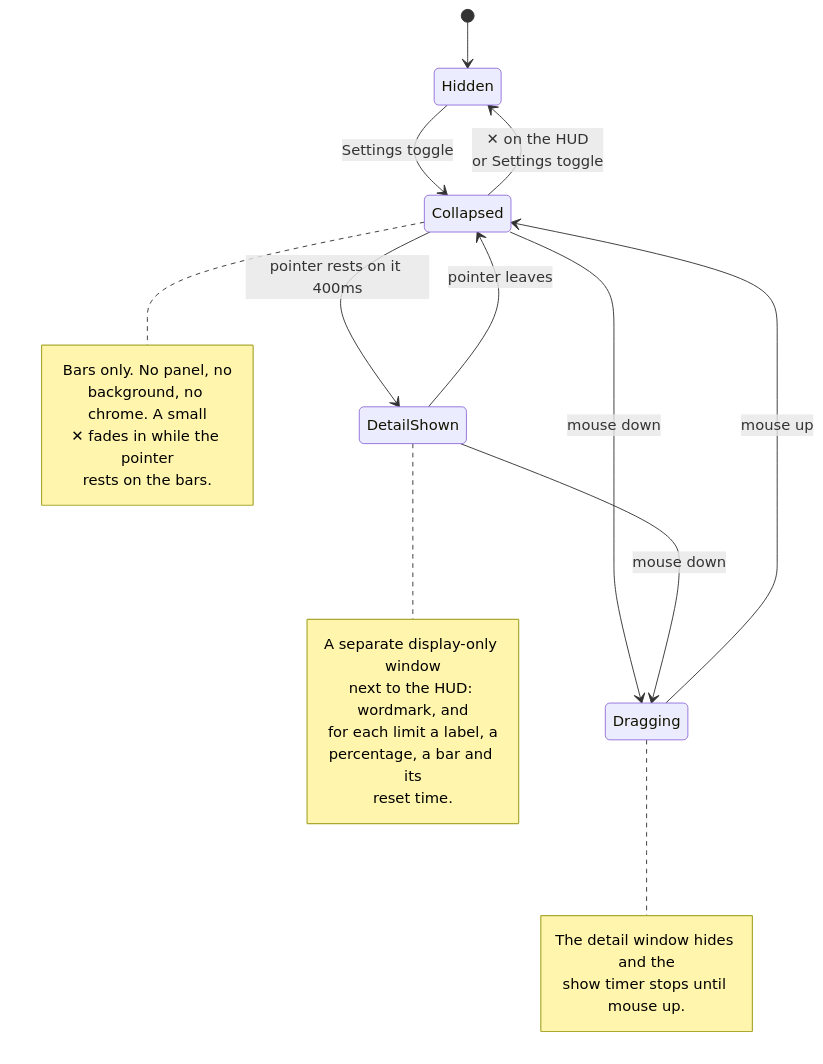
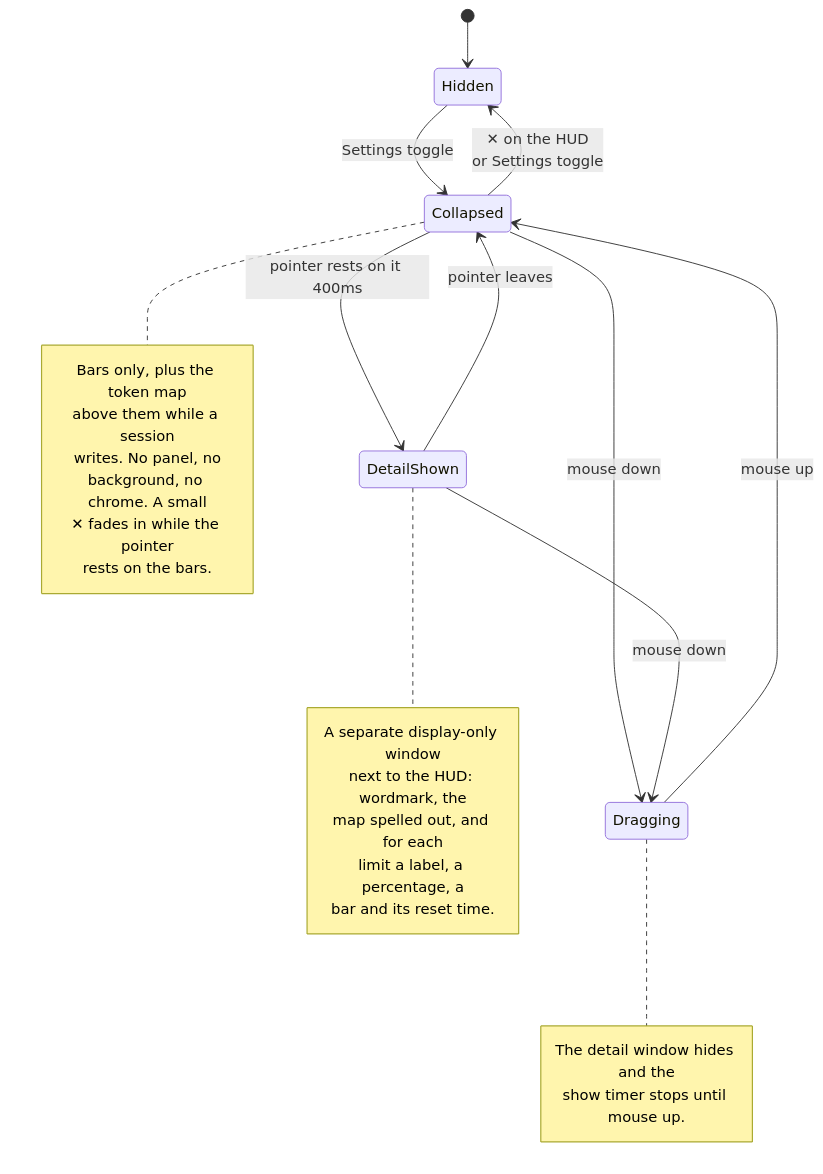
Before and after one commit to antiburn/antiburn: the diagram in docs/hud-states.md, drawn with Mermaid. The commit also changed other lines of this file and 11 other files, not shown here.

First line of the commit message:
feat(hud): spell the token map out in the detail window

````diff
--- a/docs/hud-states.md
+++ b/docs/hud-states.md
@@ -11,31 +11,33 @@
 ```mermaid
 stateDiagram-v2
     [*] --> Hidden
     Hidden --> Collapsed: Settings toggle
     Collapsed --> Hidden: ✕ on the HUD<br/>or Settings toggle
 
     Collapsed --> DetailShown: pointer rests on it 400ms
     DetailShown --> Collapsed: pointer leaves
 
     Collapsed --> Dragging: mouse down
     DetailShown --> Dragging: mouse down
     Dragging --> Collapsed: mouse up
 
     note right of Collapsed
-        Bars only. No panel, no
+        Bars only, plus the token map
+        above them while a session
+        writes. No panel, no
         background, no chrome. A small
         ✕ fades in while the pointer
         rests on the bars.
     end note
     note right of DetailShown
         A separate display-only window
-        next to the HUD: wordmark, and
-        for each limit a label, a
-        percentage, a bar and its
-        reset time.
+        next to the HUD: wordmark, the
+        map spelled out, and for each
+        limit a label, a percentage, a
+        bar and its reset time.
     end note
     note right of Dragging
         The detail window hides and the
         show timer stops until mouse up.
     end note
 ```
````
